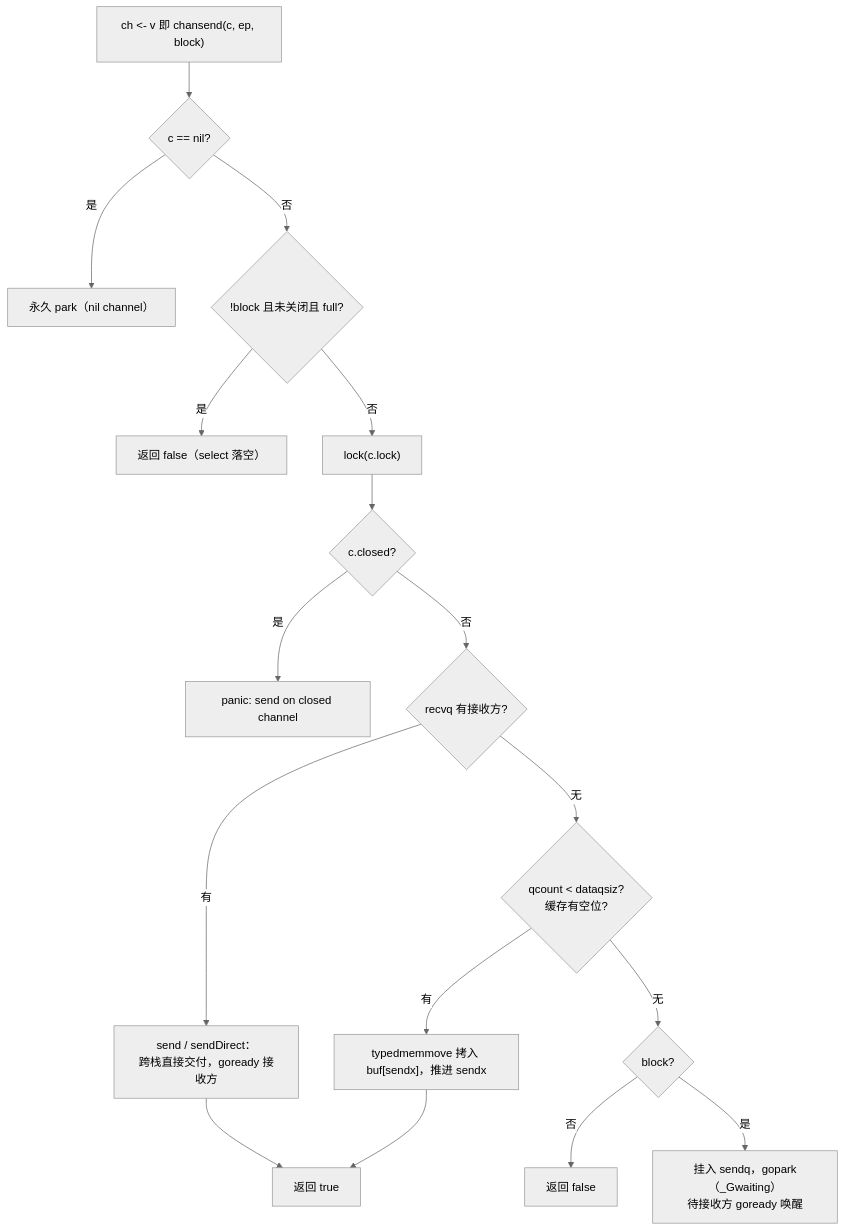
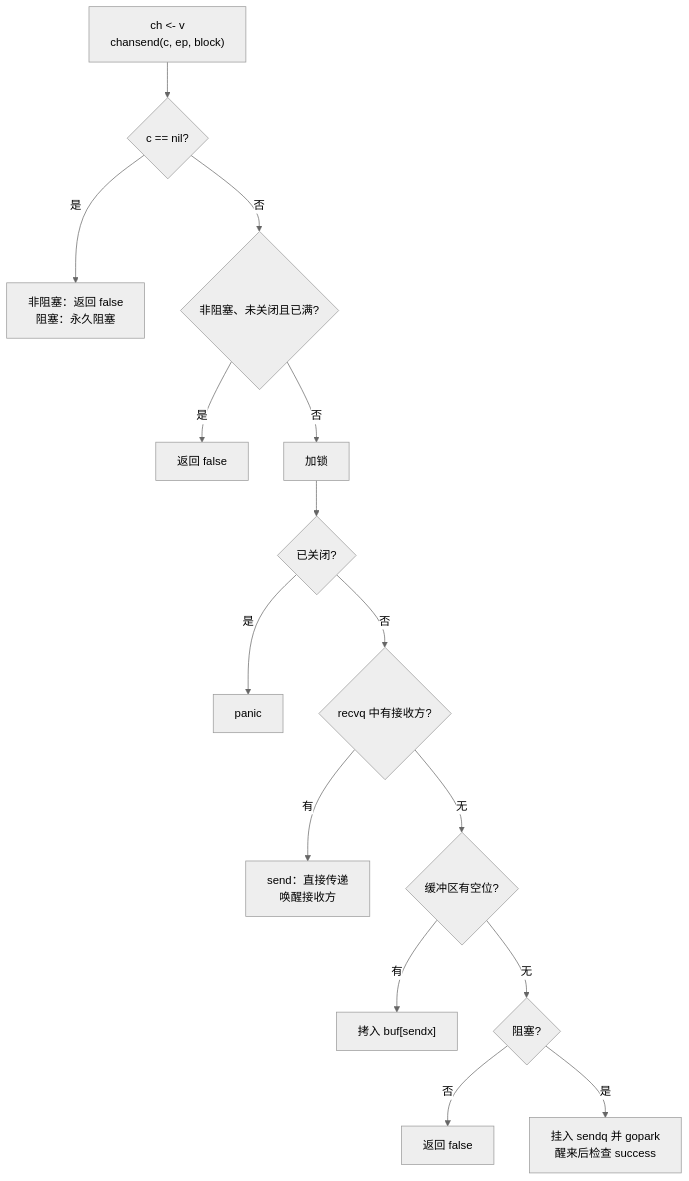
One commit to golang-design/under-the-hood changed the diagram in book/zh-cn/part3concurrency/ch10chan/sendrecv.md. Above: the diagram before and after it, drawn with Mermaid (neutral theme). The commit also changed other lines of this file and 7 other files, not shown here.

````diff
--- a/book/zh-cn/part3concurrency/ch10chan/sendrecv.md
+++ b/book/zh-cn/part3concurrency/ch10chan/sendrecv.md
@@ -166,19 +194,17 @@
 ```mermaid
 flowchart TD
-    S["ch &lt;- v 即 chansend(c, ep, block)"] --> NIL{"c == nil?"}
-    NIL -->|是| PARK0["永久 park（nil channel）"]
-    NIL -->|否| FAST{"!block 且未关闭且 full?"}
-    FAST -->|是| RF["返回 false（select 落空）"]
-    FAST -->|否| LOCK["lock(c.lock)"]
-    LOCK --> CL{"c.closed?"}
-    CL -->|是| PANIC["panic: send on closed channel"]
-    CL -->|否| RECVQ{"recvq 有接收方?"}
-    RECVQ -->|有| DIRECT["send / sendDirect：<br/>跨栈直接交付，goready 接收方"]
-    RECVQ -->|无| BUF{"qcount &lt; dataqsiz?<br/>缓存有空位?"}
-    BUF -->|有| COPY["typedmemmove 拷入 buf[sendx]，推进 sendx"]
-    BUF -->|无| BLK{"block?"}
+    S["ch &lt;- v<br/>chansend(c, ep, block)"] --> NIL{"c == nil?"}
+    NIL -->|是| PARK0["非阻塞：返回 false<br/>阻塞：永久阻塞"]
+    NIL -->|否| FAST{"非阻塞、未关闭且已满?"}
+    FAST -->|是| RF["返回 false"]
+    FAST -->|否| LOCK["加锁"]
+    LOCK --> CL{"已关闭?"}
+    CL -->|是| PANIC["panic"]
+    CL -->|否| RECVQ{"recvq 中有接收方?"}
+    RECVQ -->|有| DIRECT["send：直接传递<br/>唤醒接收方"]
+    RECVQ -->|无| BUF{"缓冲区有空位?"}
+    BUF -->|有| COPY["拷入 buf[sendx]"]
+    BUF -->|无| BLK{"阻塞?"}
     BLK -->|否| RF2["返回 false"]
-    BLK -->|是| ENQ["挂入 sendq，gopark（_Gwaiting）<br/>待接收方 goready 唤醒"]
-    DIRECT --> OK["返回 true"]
-    COPY --> OK
+    BLK -->|是| ENQ["挂入 sendq 并 gopark<br/>醒来后检查 success"]
 ```
````
